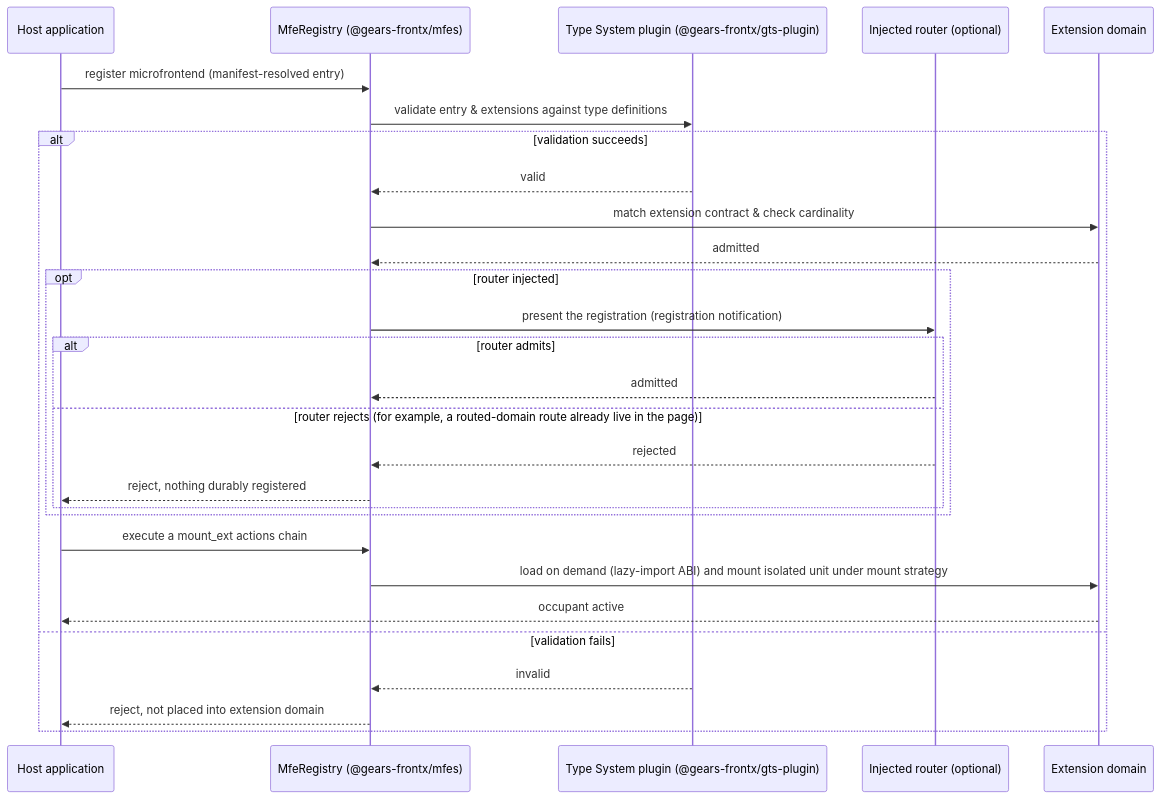
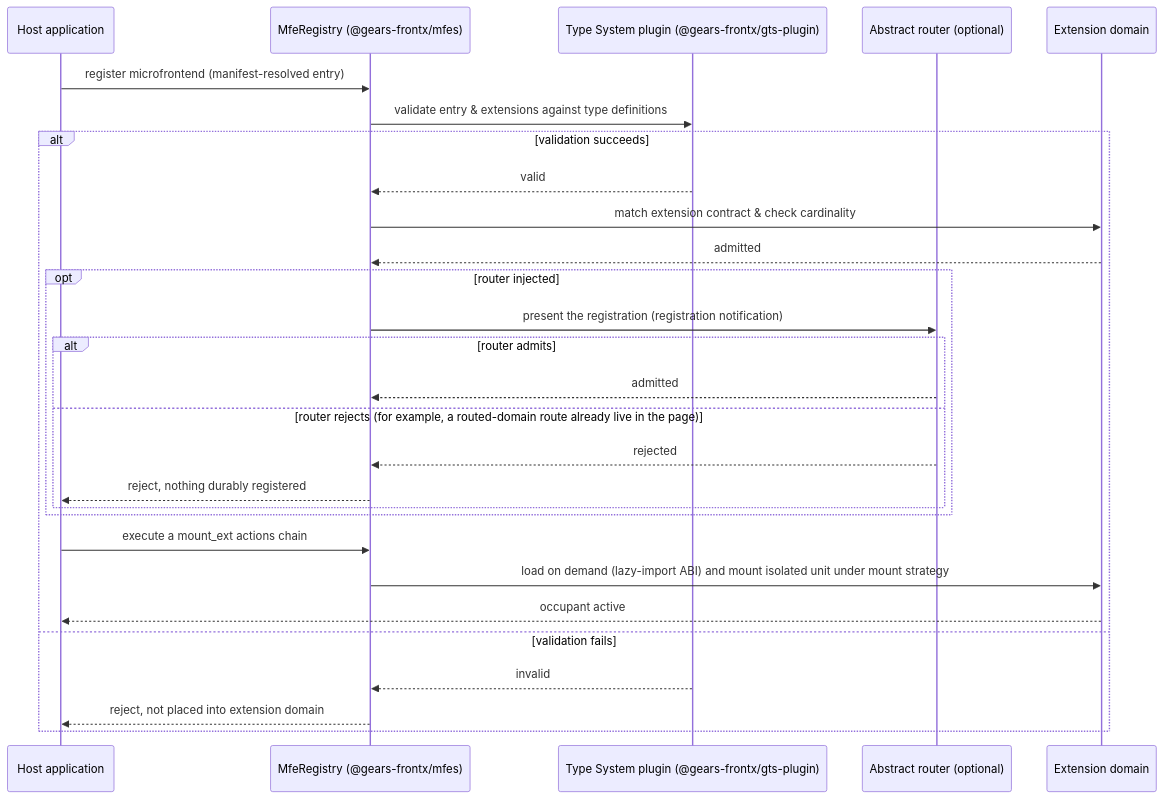
The third of 5 diagrams in packages/mfes/architecture/DESIGN.md (GeraBart/gears-frontx), drawn with Mermaid before and after one commit. The commit also changed other lines of this file and 131 other files, not shown here.

Commit message:
feat: move the FrontX router into @gears-frontx/routing behind an abstract RouterPort

````diff
--- a/packages/mfes/architecture/DESIGN.md
+++ b/packages/mfes/architecture/DESIGN.md
@@ -398,30 +401,30 @@
 ```mermaid
 sequenceDiagram
     participant App as Host application
     participant Reg as MfeRegistry (@gears-frontx/mfes)
     participant TS as Type System plugin (@gears-frontx/gts-plugin)
-    participant Rt as Injected router (optional)
+    participant Rt as Abstract router (optional)
     participant Dom as Extension domain
     App->>Reg: register microfrontend (manifest-resolved entry)
     Reg->>TS: validate entry & extensions against type definitions
     alt validation succeeds
         TS-->>Reg: valid
         Reg->>Dom: match extension contract & check cardinality
         Dom-->>Reg: admitted
         opt router injected
             Reg->>Rt: present the registration (registration notification)
             alt router admits
                 Rt-->>Reg: admitted
             else router rejects (for example, a routed-domain route already live in the page)
                 Rt-->>Reg: rejected
                 Reg-->>App: reject, nothing durably registered
             end
         end
         App->>Reg: execute a mount_ext actions chain
         Reg->>Dom: load on demand (lazy-import ABI) and mount isolated unit under mount strategy
         Dom-->>App: occupant active
     else validation fails
         TS-->>Reg: invalid
         Reg-->>App: reject, not placed into extension domain
     end
 ```
````
